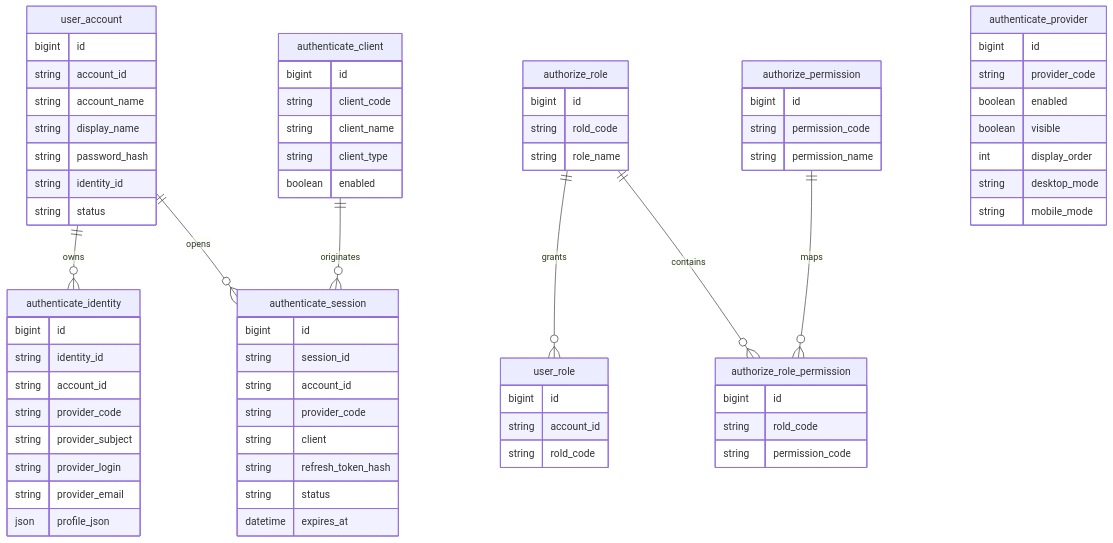
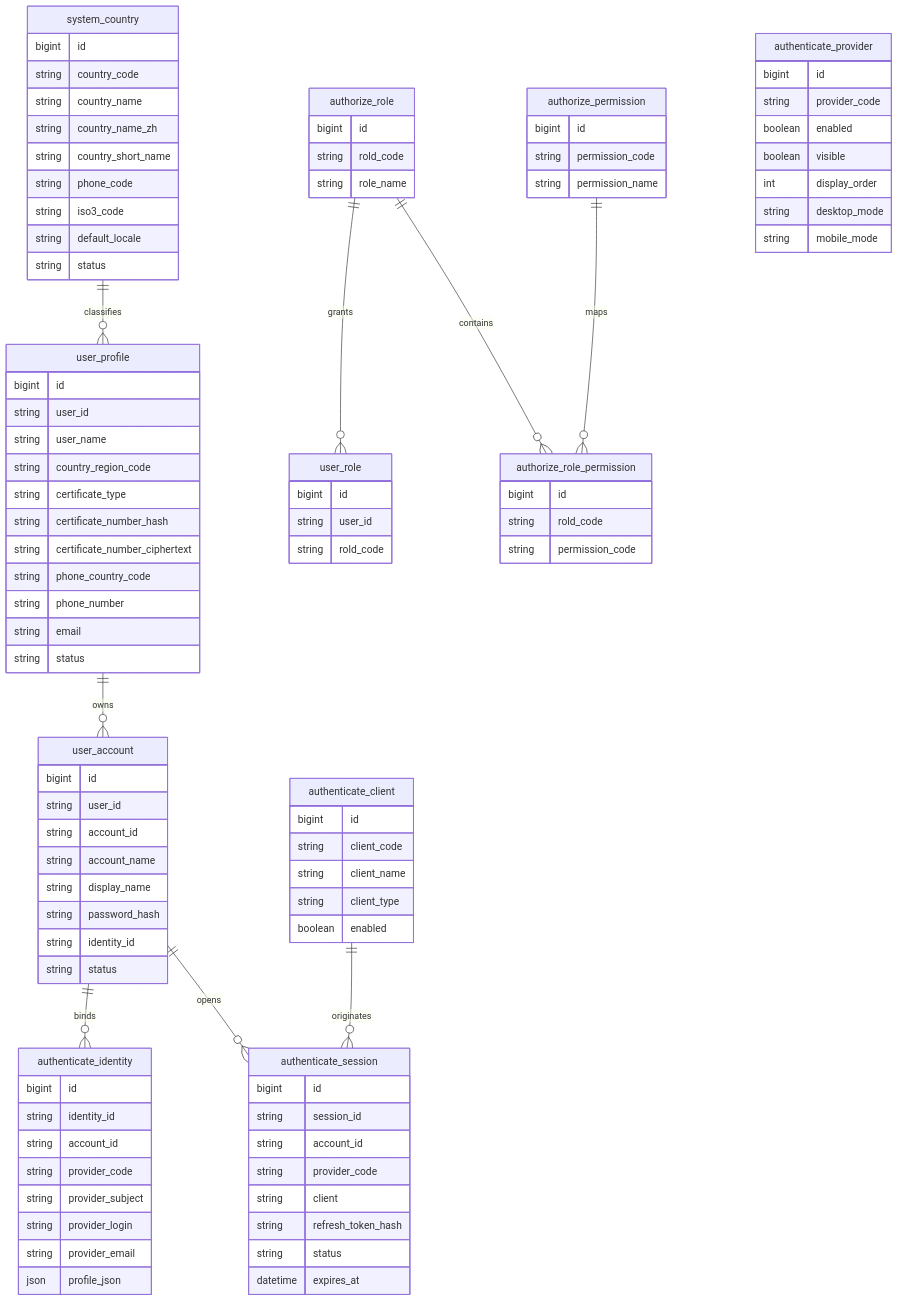
Before and after one commit to LuJie0403/iterlife-stack: the diagram in docs/idaas/idaas_design_identity.md, drawn with Mermaid. The commit also changed other lines of this file and 1 other file, not shown here.

Commit message:
feat: add user profile and country schema design

````diff
--- a/docs/idaas/idaas_design_identity.md
+++ b/docs/idaas/idaas_design_identity.md
@@ -329,14 +467,43 @@
 ```mermaid
 erDiagram
-    user_account ||--o{ authenticate_identity : "owns"
+    system_country ||--o{ user_profile : "classifies"
+    user_profile ||--o{ user_account : "owns"
+    user_account ||--o{ authenticate_identity : "binds"
     user_account ||--o{ authenticate_session : "opens"
     authenticate_client ||--o{ authenticate_session : "originates"
     authorize_role ||--o{ user_role : "grants"
     authorize_role ||--o{ authorize_role_permission : "contains"
     authorize_permission ||--o{ authorize_role_permission : "maps"
 
+    system_country {
+        bigint id
+        string country_code
+        string country_name
+        string country_name_zh
+        string country_short_name
+        string phone_code
+        string iso3_code
+        string default_locale
+        string status
+    }
+
+    user_profile {
+        bigint id
+        string user_id
+        string user_name
+        string country_region_code
+        string certificate_type
+        string certificate_number_hash
+        string certificate_number_ciphertext
+        string phone_country_code
+        string phone_number
+        string email
+        string status
+    }
+
     user_account {
         bigint id
+        string user_id
         string account_id
         string account_name
         string display_name
@@ -405,7 +572,7 @@
 
     user_role {
         bigint id
-        string account_id
+        string user_id
         string rold_code
     }
 ```
````
